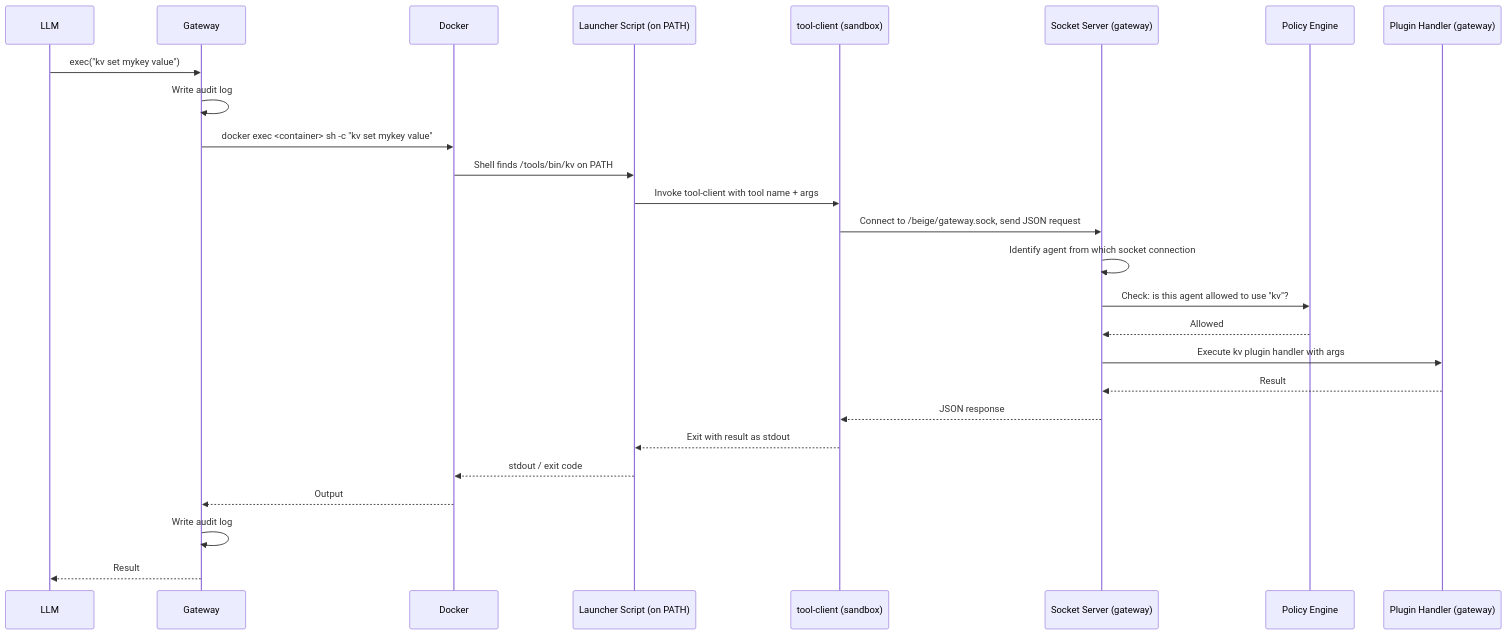
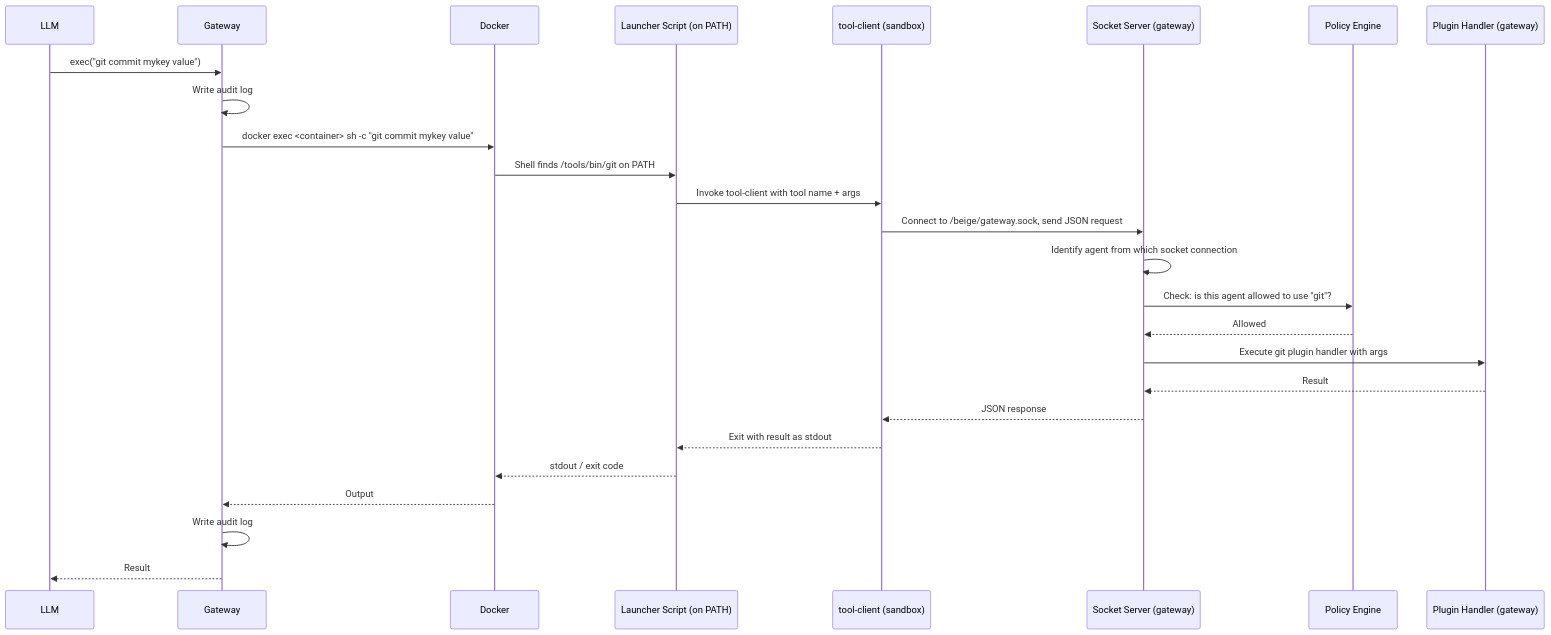
Before and after one commit to matthias-hausberger/beige: the second of 2 diagrams in docs/gateway/tool-calls.mdx, drawn with Mermaid. The commit also changed other lines of this file and 26 other files, not shown here.

First line of the commit message:
refactor: replace KV tool with Git tool across documentation and configuration

````diff
--- a/docs/gateway/tool-calls.mdx
+++ b/docs/gateway/tool-calls.mdx
@@ -57,29 +57,29 @@
 ```mermaid
 sequenceDiagram
     participant LLM
     participant Gateway
     participant Docker
     participant Launcher as Launcher Script (on PATH)
     participant ToolClient as tool-client (sandbox)
     participant Socket as Socket Server (gateway)
     participant Policy as Policy Engine
     participant Handler as Plugin Handler (gateway)
 
-    LLM->>Gateway: exec("kv set mykey value")
+    LLM->>Gateway: exec("git commit mykey value")
     Gateway->>Gateway: Write audit log #1 (core_tool / exec)
-    Gateway->>Docker: docker exec <container> sh -c "kv set mykey value"
-    Docker->>Launcher: Shell finds /tools/bin/kv on PATH
+    Gateway->>Docker: docker exec <container> sh -c "git commit mykey value"
+    Docker->>Launcher: Shell finds /tools/bin/git on PATH
     Launcher->>ToolClient: Invoke tool-client with tool name + args
     ToolClient->>Socket: Connect to /beige/gateway.sock, send JSON request
     Socket->>Socket: Identify agent from which socket connection
-    Socket->>Policy: Check: is this agent allowed to use "kv"?
+    Socket->>Policy: Check: is this agent allowed to use "git"?
     Policy-->>Socket: Allowed
-    Socket->>Handler: Execute kv plugin handler with args
+    Socket->>Handler: Execute git plugin handler with args
     Handler-->>Socket: Result
     Socket-->>ToolClient: JSON response
     ToolClient-->>Launcher: Exit with result as stdout
     Launcher-->>Docker: stdout / exit code
     Docker-->>Gateway: Output
-    Gateway->>Gateway: Write audit log #2 (tool / kv)
+    Gateway->>Gateway: Write audit log #2 (tool / git)
     Gateway-->>LLM: Result
 ```
````
